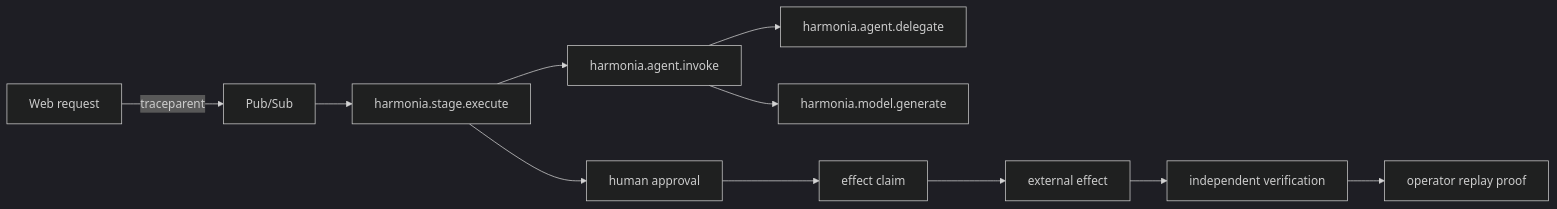
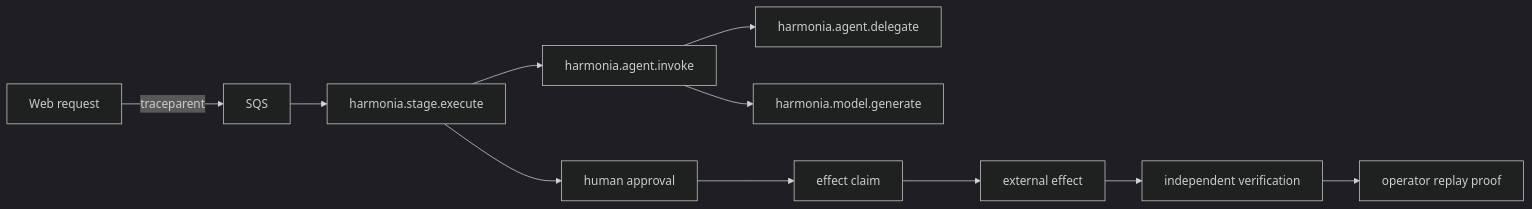
One commit to danielAsaboro/harmonia-agents-for-humans changed the diagram in docs/observability.mdx. Above: the diagram before and after it, drawn with Mermaid (dark theme). The commit also changed other lines of this file and 616 other files, not shown here.

````diff
--- a/docs/observability.mdx
+++ b/docs/observability.mdx
@@ -10,13 +10,13 @@
 ```mermaid
 flowchart LR
-  WEB[Web request] -->|traceparent| PS[Pub/Sub]
+  WEB[Web request] -->|traceparent| PS[SQS]
   PS --> STAGE[harmonia.stage.execute]
   STAGE --> AGENT[harmonia.agent.invoke]
   AGENT --> DELEGATE[harmonia.agent.delegate]
   AGENT --> MODEL[harmonia.model.generate]
   STAGE --> APPROVAL[human approval]
   APPROVAL --> CLAIM[effect claim]
   CLAIM --> EFFECT[external effect]
   EFFECT --> VERIFY[independent verification]
   VERIFY --> REPLAY[operator replay proof]
 ```
````
